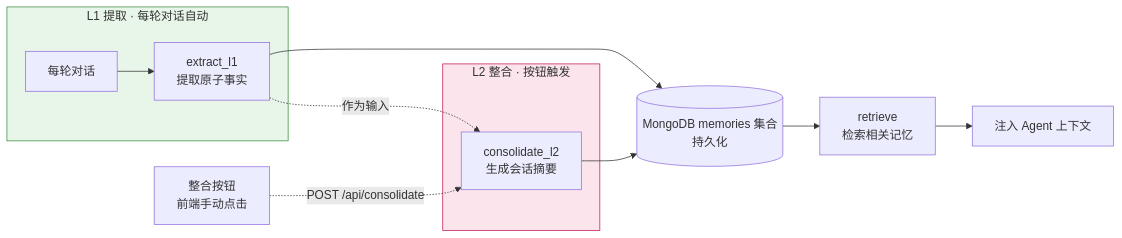
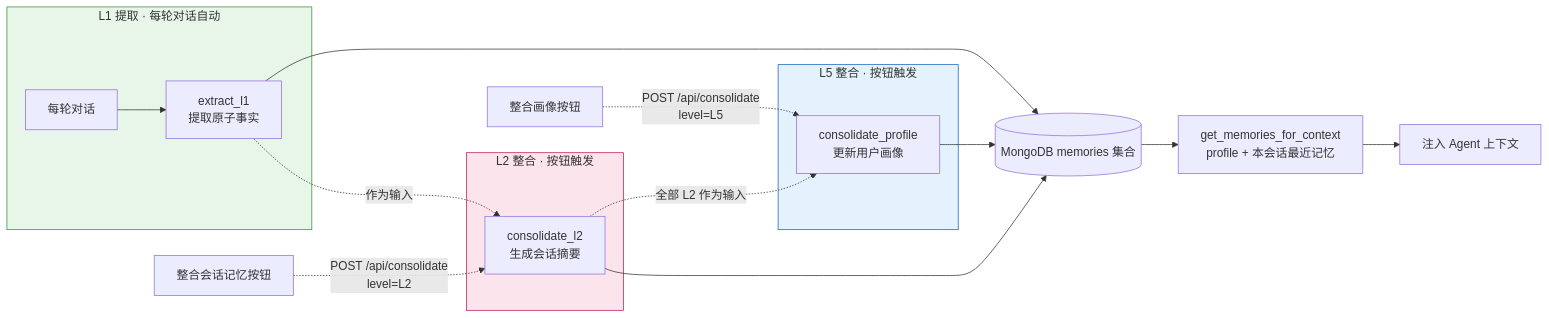
Before and after one commit to 00-DS/Agentic-Search: the diagram in 任务文档/04-TMT记忆系统.md, drawn with Mermaid. The commit also changed other lines of this file, not shown here.

Commit message:
docs(04): 重写骨架——三层学习目标/结构图/核心思路（含砍层源码证据）

````diff
--- a/任务文档/04-TMT记忆系统.md
+++ b/任务文档/04-TMT记忆系统.md
@@ -21,17 +19,24 @@
 ```mermaid
 graph LR
     subgraph L1["L1 提取 · 每轮对话自动"]
         Dialog["每轮对话"] --> Extract["extract_l1<br/>提取原子事实"]
     end
-    Extract --> Store[("MongoDB memories 集合<br/>持久化")]
+    Extract --> Store[("MongoDB memories 集合")]
     subgraph L2["L2 整合 · 按钮触发"]
         Consolidate["consolidate_l2<br/>生成会话摘要"]
     end
-    Button["整合按钮<br/>前端手动点击"] -.->|"POST /api/consolidate"| Consolidate
+    subgraph L5["L5 整合 · 按钮触发"]
+        Profile["consolidate_profile<br/>更新用户画像"]
+    end
+    ButtonA["整合会话记忆按钮"] -.->|"POST /api/consolidate<br/>level=L2"| Consolidate
+    ButtonB["整合画像按钮"] -.->|"POST /api/consolidate<br/>level=L5"| Profile
     Extract -.->|"作为输入"| Consolidate
+    Consolidate -.->|"全部 L2 作为输入"| Profile
     Consolidate --> Store
-    Store --> Retrieve["retrieve<br/>检索相关记忆"]
+    Profile --> Store
+    Store --> Retrieve["get_memories_for_context<br/>profile + 本会话最近记忆"]
     Retrieve --> AgentCtx["注入 Agent 上下文"]
     style L1 fill:#e8f5e9,stroke:#388e3c
     style L2 fill:#fce4ec,stroke:#c2185b
+    style L5 fill:#e3f2fd,stroke:#1565c0
 ```
````
